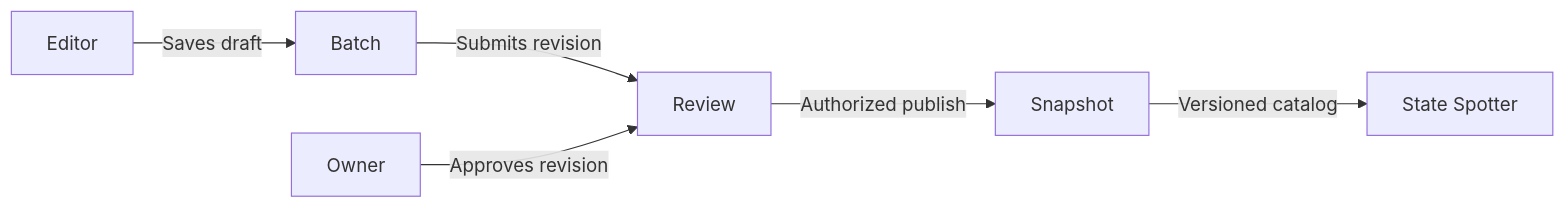
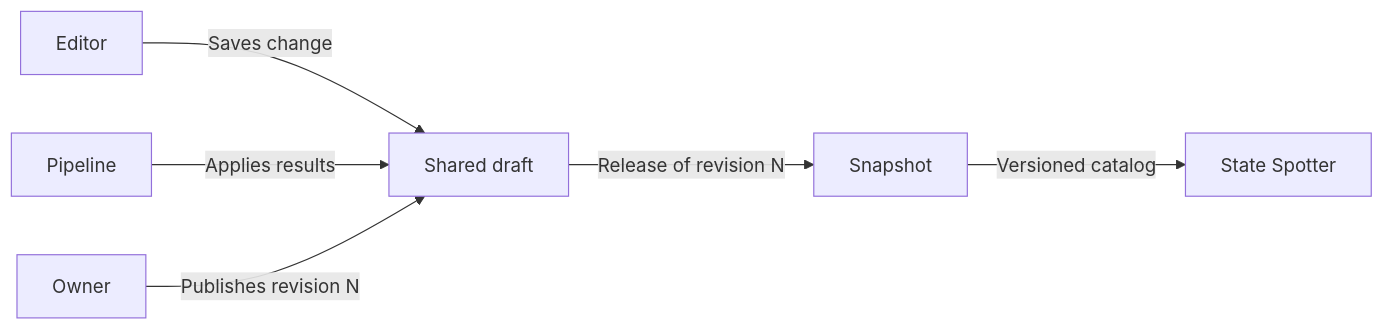
Before and after one commit to Memoriuhl/plate-curator-vercel: the diagram in README.md, drawn with Mermaid. The commit also changed other lines of this file and 12 other files, not shown here.

First line of the commit message:
docs(review): describe the shared draft in place of Submit and Approve

````diff
--- a/README.md
+++ b/README.md
@@ -28,8 +28,8 @@
 ```mermaid
 flowchart LR
-    Editor -->|Saves draft| Batch
-    Batch -->|Submits revision| Review
-    Owner -->|Approves revision| Review
-    Review -->|Authorized publish| Snapshot
+    Editor -->|Saves change| Draft[Shared draft]
+    Pipeline -->|Applies results| Draft
+    Owner -->|Publishes revision N| Draft
+    Draft -->|Release of revision N| Snapshot
     Snapshot -->|Versioned catalog| Game[State Spotter]
 ```
````
